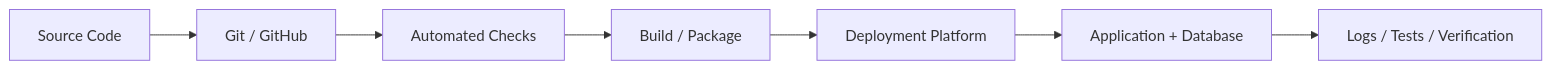
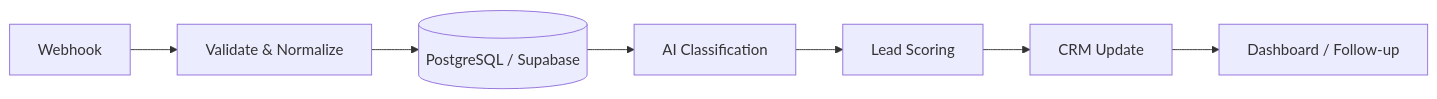
Before and after one commit to Aravindan-001/Aravindan-001: the second of 2 diagrams in README.md, drawn with Mermaid. The commit also changed other lines of this file, not shown here.

````diff
--- a/README.md
+++ b/README.md
@@ -474,9 +343,9 @@
 ```mermaid
 flowchart LR
-    A[Source Code] --> B[Git / GitHub]
-    B --> C[Automated Checks]
-    C --> D[Build / Package]
-    D --> E[Deployment Platform]
-    E --> F[Application + Database]
-    F --> G[Logs / Tests / Verification]
+    A[Webhook] --> B[Validate & Normalize]
+    B --> C[(PostgreSQL / Supabase)]
+    C --> D[AI Classification]
+    D --> E[Lead Scoring]
+    E --> F[CRM Update]
+    F --> G[Dashboard / Follow-up]
 ```
````
